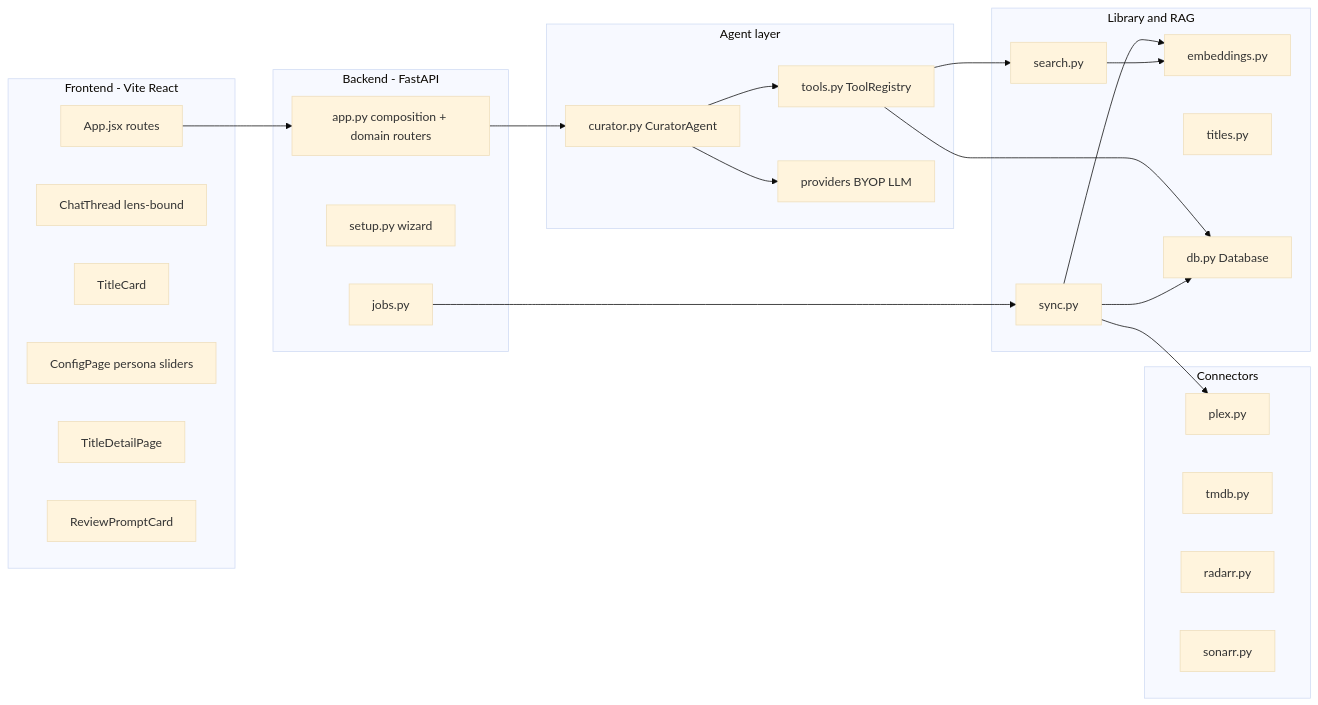
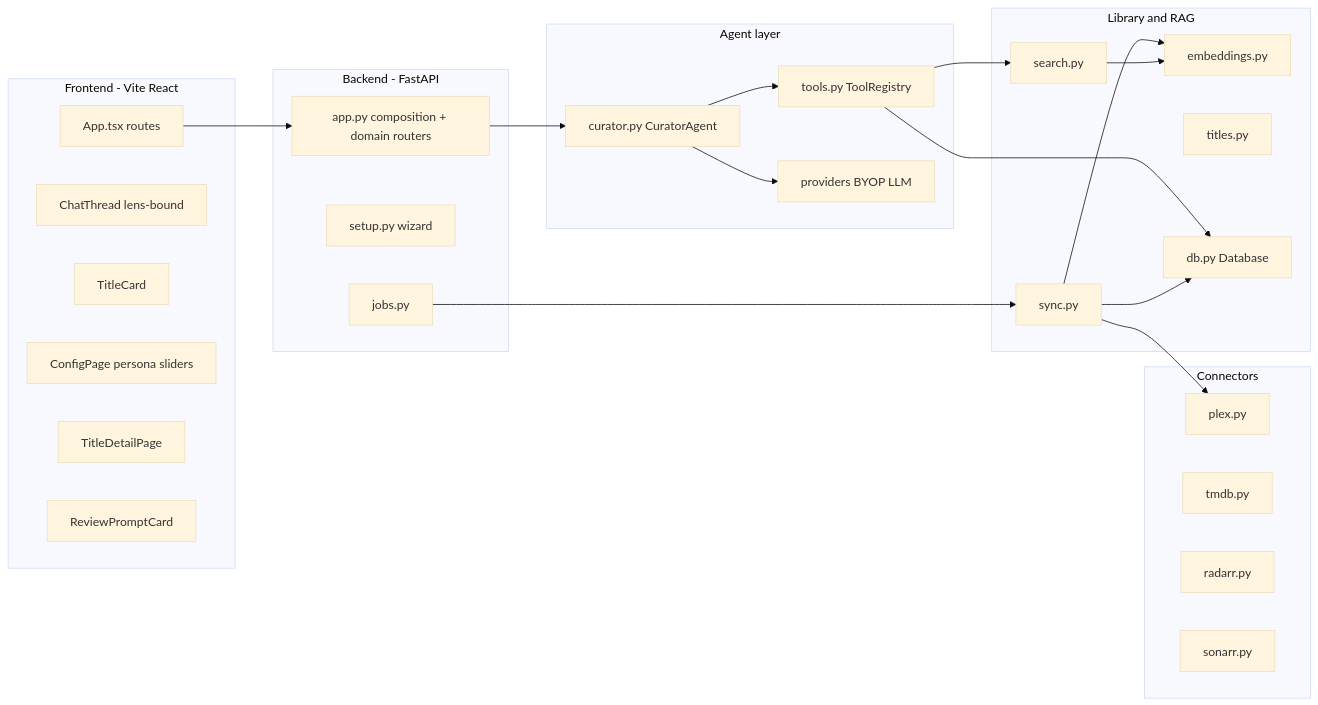
One commit to romwil/projectionist changed the third of 5 diagrams in docs/ARCHITECTURE.md. Above: the diagram before and after it, drawn with Mermaid (base theme). The commit also changed other lines of this file and 3 other files, not shown here.

````diff
--- a/docs/ARCHITECTURE.md
+++ b/docs/ARCHITECTURE.md
@@ -133,50 +133,50 @@
 ```mermaid
 flowchart LR
     subgraph frontend [Frontend - Vite React]
-        App[App.jsx routes]
+        App[App.tsx routes]
         ChatThread[ChatThread lens-bound]
         Cards[TitleCard]
         Config[ConfigPage persona sliders]
         Detail[TitleDetailPage]
         ReviewsUI[ReviewPromptCard]
     end
 
     subgraph backend [Backend - FastAPI]
         Routes[app.py composition + domain routers]
         Setup[setup.py wizard]
         JobMgr[jobs.py]
     end
 
     subgraph agentLayer [Agent layer]
         Curator[curator.py CuratorAgent]
         Tools[tools.py ToolRegistry]
         Providers[providers BYOP LLM]
     end
 
     subgraph library [Library and RAG]
         Sync[sync.py]
         Search[search.py]
         Emb[embeddings.py]
         Titles[titles.py]
         Db[db.py Database]
     end
 
     subgraph connectors [Connectors]
         PlexC[plex.py]
         TMDBC[tmdb.py]
         RadarrC[radarr.py]
         SonarrC[sonarr.py]
     end
 
     App --> Routes
     Routes --> Curator
     Curator --> Tools
     Curator --> Providers
     Tools --> Search
     Tools --> Db
     JobMgr --> Sync
     Sync --> Db
     Sync --> Emb
     Search --> Emb
     Sync --> PlexC
 ```
````
